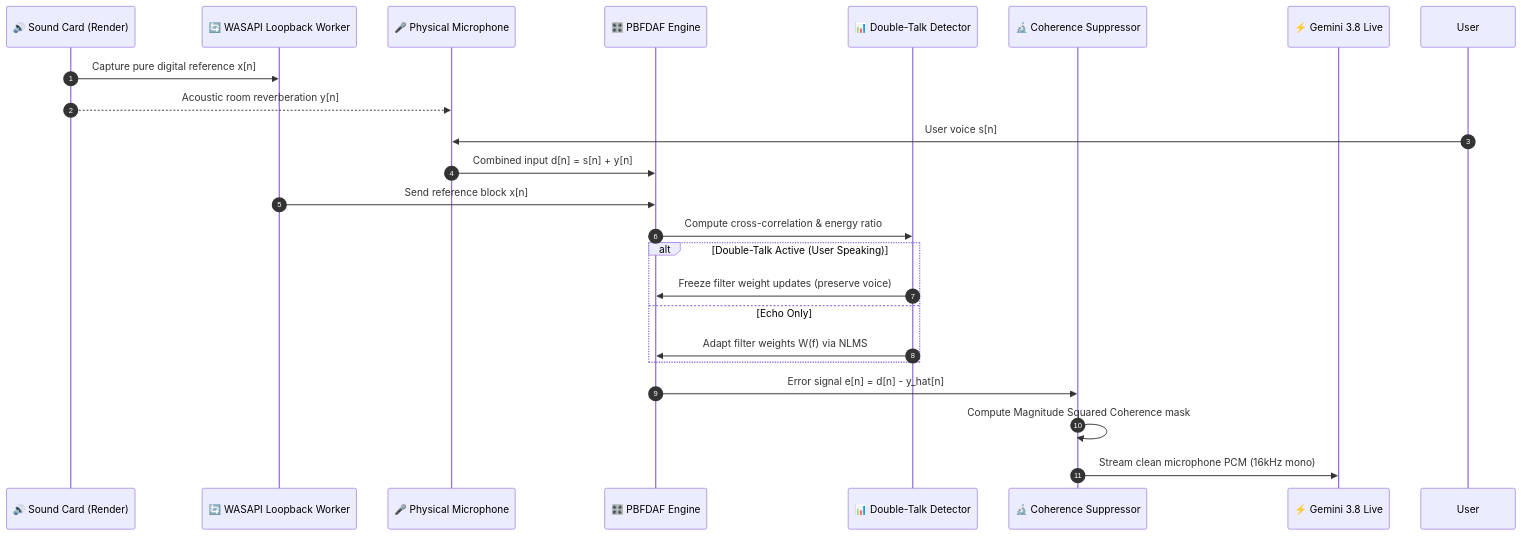
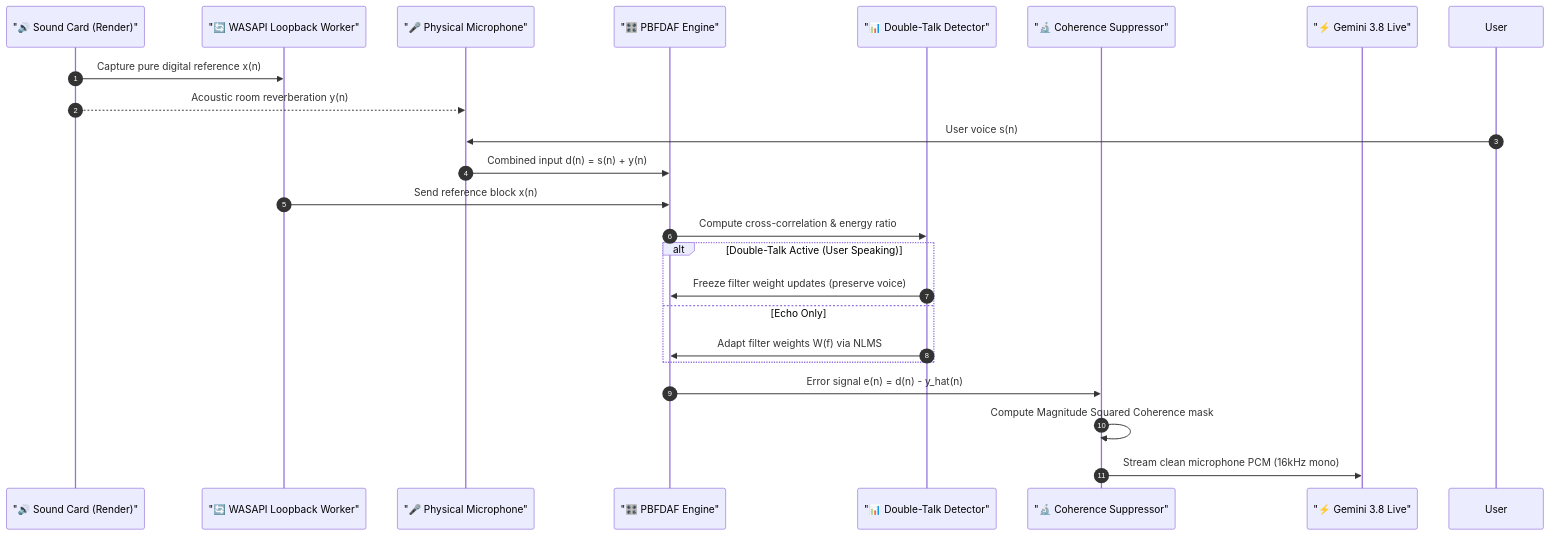
The second of 5 diagrams in README.md (deepakrakshit/jarvis-ai), drawn with Mermaid before and after one commit. The commit also changed other lines of this file and 1 other file, not shown here.

First line of the commit message:
docs: add environment configuration template and fix mermaid diagram syntax

````diff
--- a/README.md
+++ b/README.md
@@ -101,26 +101,26 @@
 ```mermaid
 sequenceDiagram
     autonumber
-    participant SPK as 🔊 Sound Card (Render)
-    participant LB as 🔄 WASAPI Loopback Worker
-    participant MIC as 🎤 Physical Microphone
-    participant DSP as 🎛️ PBFDAF Engine
-    participant DTD as 📊 Double-Talk Detector
-    participant MSC as 🔬 Coherence Suppressor
-    participant GEM as ⚡ Gemini 3.8 Live
+    participant SPK as "🔊 Sound Card (Render)"
+    participant LB as "🔄 WASAPI Loopback Worker"
+    participant MIC as "🎤 Physical Microphone"
+    participant DSP as "🎛️ PBFDAF Engine"
+    participant DTD as "📊 Double-Talk Detector"
+    participant MSC as "🔬 Coherence Suppressor"
+    participant GEM as "⚡ Gemini 3.8 Live"
 
-    SPK->>LB: Capture pure digital reference x[n]
-    SPK-->>MIC: Acoustic room reverberation y[n]
-    User->>MIC: User voice s[n]
-    MIC->>DSP: Combined input d[n] = s[n] + y[n]
-    LB->>DSP: Send reference block x[n]
+    SPK->>LB: Capture pure digital reference x(n)
+    SPK-->>MIC: Acoustic room reverberation y(n)
+    User->>MIC: User voice s(n)
+    MIC->>DSP: Combined input d(n) = s(n) + y(n)
+    LB->>DSP: Send reference block x(n)
     DSP->>DTD: Compute cross-correlation & energy ratio
     alt Double-Talk Active (User Speaking)
         DTD->>DSP: Freeze filter weight updates (preserve voice)
     else Echo Only
         DTD->>DSP: Adapt filter weights W(f) via NLMS
     end
-    DSP->>MSC: Error signal e[n] = d[n] - y_hat[n]
+    DSP->>MSC: Error signal e(n) = d(n) - y_hat(n)
     MSC->>MSC: Compute Magnitude Squared Coherence mask
     MSC->>GEM: Stream clean microphone PCM (16kHz mono)
 ```
````
